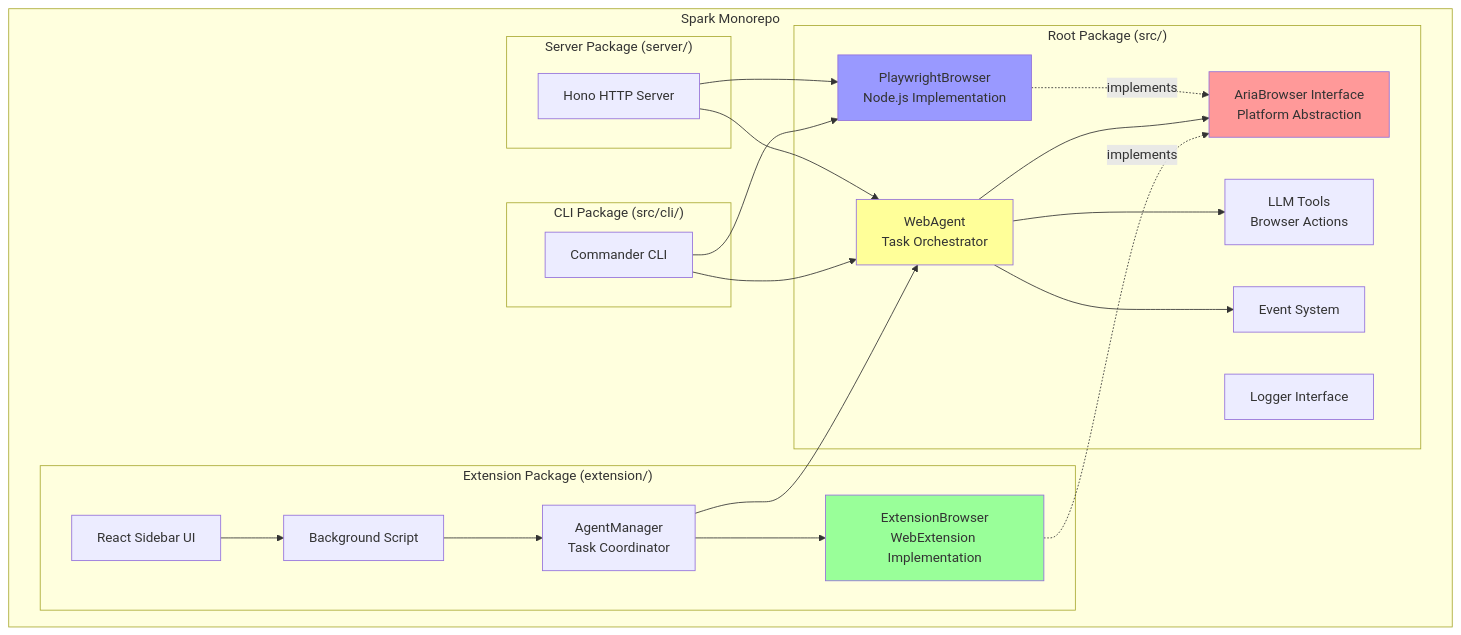
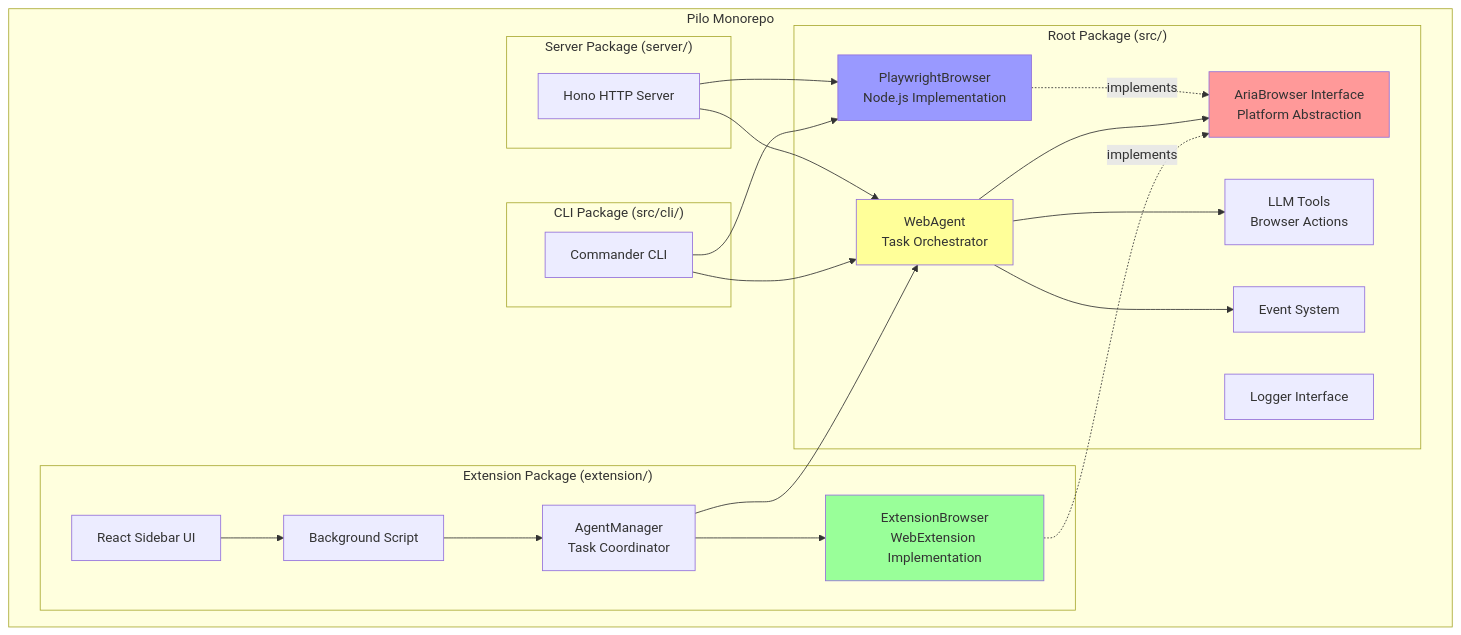
Before and after one commit to mozilla/pilo: the third of 4 diagrams in packages/extension/docs/architecture.md, drawn with Mermaid. The commit also changed other lines of this file and 93 other files, not shown here.

First line of the commit message:
refactor: rename all spark references to pilo across entire codebase

````diff
--- a/packages/extension/docs/architecture.md
+++ b/packages/extension/docs/architecture.md
@@ -1174,48 +1174,48 @@
 ```mermaid
 graph TB
-    subgraph "Spark Monorepo"
+    subgraph "Pilo Monorepo"
         subgraph "Root Package (src/)"
             WebAgent[WebAgent<br/>Task Orchestrator]
             AriaBrowser[AriaBrowser Interface<br/>Platform Abstraction]
             PlaywrightBrowser[PlaywrightBrowser<br/>Node.js Implementation]
             Tools[LLM Tools<br/>Browser Actions]
             Events[Event System]
             Loggers[Logger Interface]
         end
 
         subgraph "CLI Package (src/cli/)"
             CLI[Commander CLI]
             CLI --> WebAgent
             CLI --> PlaywrightBrowser
         end
 
         subgraph "Server Package (server/)"
             Server[Hono HTTP Server]
             Server --> WebAgent
             Server --> PlaywrightBrowser
         end
 
         subgraph "Extension Package (extension/)"
             ExtensionBrowser[ExtensionBrowser<br/>WebExtension Implementation]
             AgentManager[AgentManager<br/>Task Coordinator]
             Background[Background Script]
             Sidebar[React Sidebar UI]
 
             ExtensionBrowser -.implements.-> AriaBrowser
             AgentManager --> WebAgent
             AgentManager --> ExtensionBrowser
             Background --> AgentManager
             Sidebar --> Background
         end
 
         WebAgent --> AriaBrowser
         WebAgent --> Tools
         WebAgent --> Events
         PlaywrightBrowser -.implements.-> AriaBrowser
     end
 
     style WebAgent fill:#ff9
     style AriaBrowser fill:#f99
     style ExtensionBrowser fill:#9f9
     style PlaywrightBrowser fill:#99f
 ```
````
